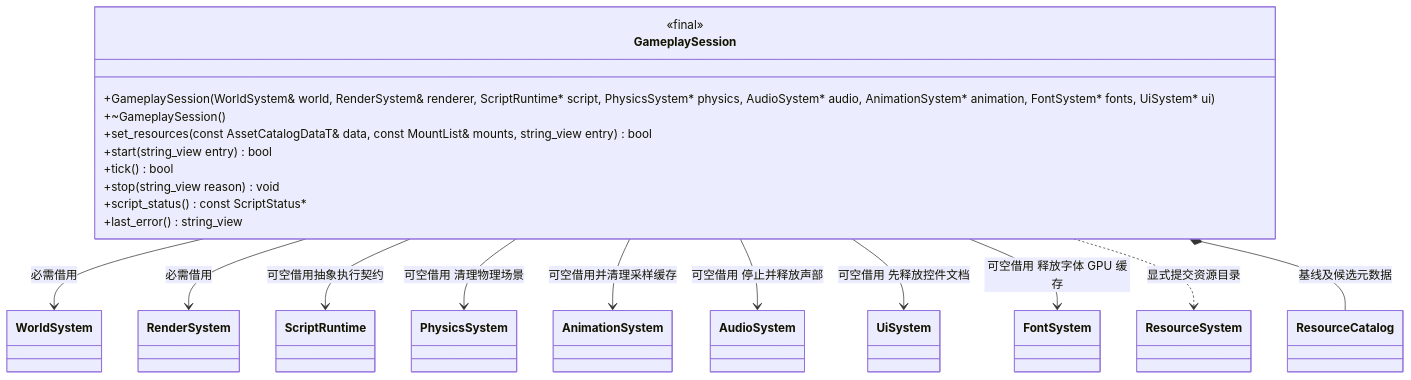
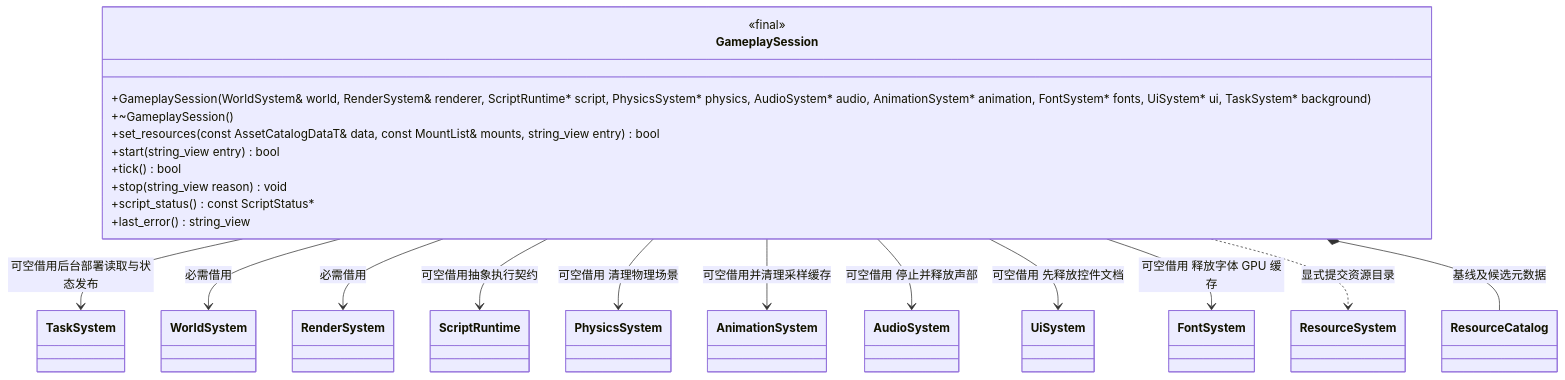
The first of 2 diagrams in docs/runtime/class-diagrams/gameplay-session.md (lcals/Engine), drawn with Mermaid before and after one commit. The commit also changed other lines of this file and 135 other files, not shown here.

````diff
--- a/docs/runtime/class-diagrams/gameplay-session.md
+++ b/docs/runtime/class-diagrams/gameplay-session.md
@@ -5,32 +5,34 @@
 ```mermaid
 classDiagram
     class GameplaySession {
         <<final>>
-        +GameplaySession(WorldSystem& world, RenderSystem& renderer, ScriptRuntime#42; script, PhysicsSystem#42; physics, AudioSystem#42; audio, AnimationSystem#42; animation, FontSystem#42; fonts, UiSystem#42; ui)
+        +GameplaySession(WorldSystem& world, RenderSystem& renderer, ScriptRuntime#42; script, PhysicsSystem#42; physics, AudioSystem#42; audio, AnimationSystem#42; animation, FontSystem#42; fonts, UiSystem#42; ui, TaskSystem#42; background)
         +~GameplaySession()
         +set_resources(const AssetCatalogDataT& data, const MountList& mounts, string_view entry) bool
         +start(string_view entry) bool
         +tick() bool
         +stop(string_view reason) void
         +script_status() const ScriptStatus#42;
         +last_error() string_view
     }
     class WorldSystem
     class RenderSystem
     class ScriptRuntime
     class PhysicsSystem
     class AudioSystem
     class AnimationSystem
     class ResourceSystem
     class ResourceCatalog
+    class TaskSystem
+    GameplaySession --> TaskSystem : 可空借用后台部署读取与状态发布
     GameplaySession --> WorldSystem : 必需借用
     GameplaySession --> RenderSystem : 必需借用
     GameplaySession --> ScriptRuntime : 可空借用抽象执行契约
     GameplaySession --> PhysicsSystem : 可空借用 清理物理场景
     GameplaySession --> AnimationSystem : 可空借用并清理采样缓存
     GameplaySession --> AudioSystem : 可空借用 停止并释放声部
     GameplaySession --> UiSystem : 可空借用 先释放控件文档
     GameplaySession --> FontSystem : 可空借用 释放字体 GPU 缓存
     GameplaySession ..> ResourceSystem : 显式提交资源目录
     GameplaySession *-- ResourceCatalog : 基线及候选元数据
 ```
````
